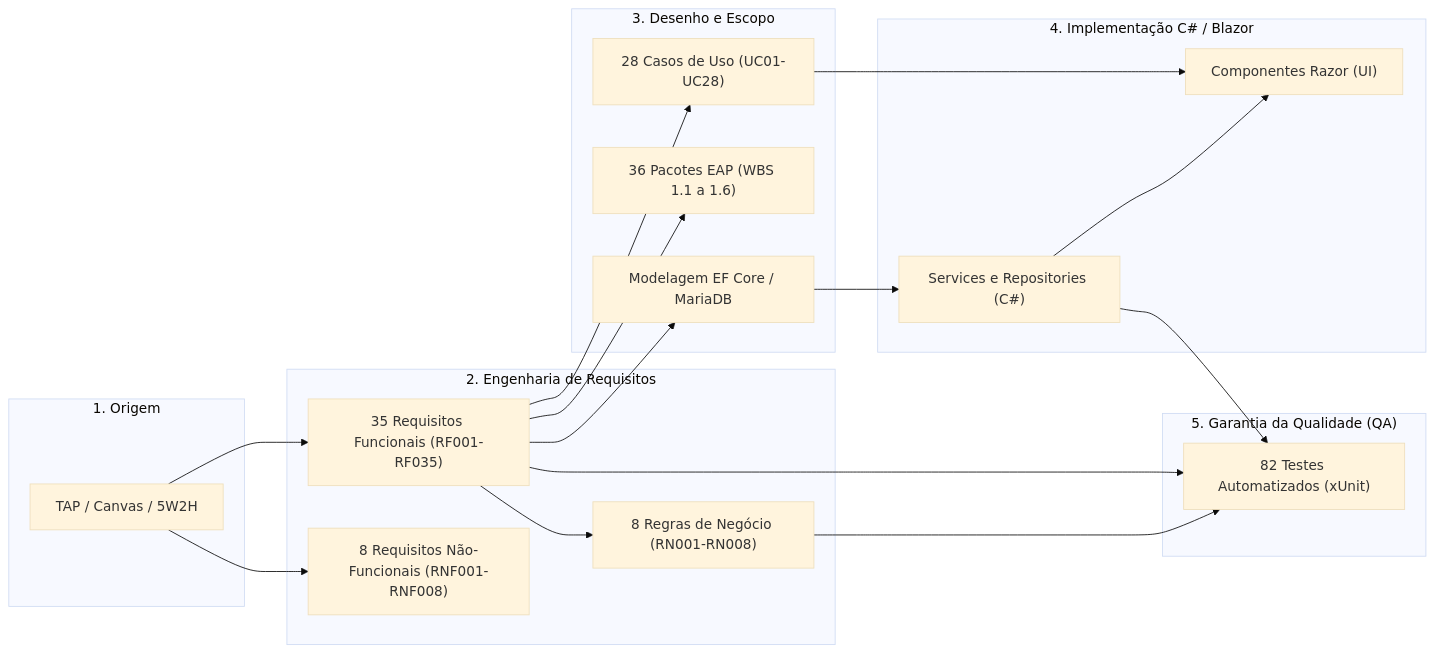
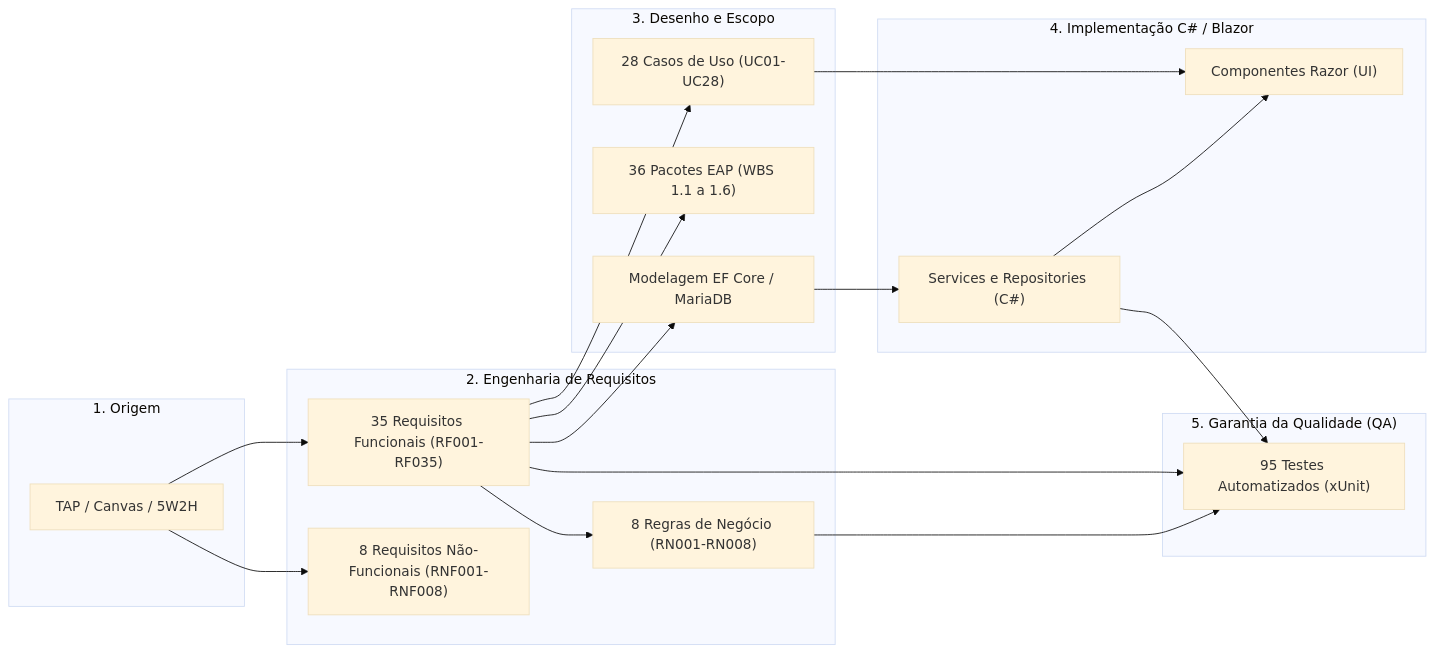
Before and after one commit to FelipeSilveiraP/TRABALHO_GRADUACAO_FATEC: the diagram in docs/MATRIZ DE RASTREABILIDADE/Documento_Matriz_de_Rastreabilidade.md, drawn with Mermaid (base theme). The commit also changed other lines of this file and 147 other files, not shown here.

````diff
--- a/docs/MATRIZ DE RASTREABILIDADE/Documento_Matriz_de_Rastreabilidade.md
+++ b/docs/MATRIZ DE RASTREABILIDADE/Documento_Matriz_de_Rastreabilidade.md
@@ -22,40 +22,40 @@
 ```mermaid
 graph LR
     subgraph Elicitacao["1. Origem"]
         TAP["TAP / Canvas / 5W2H"]
     end
 
     subgraph Requisitos["2. Engenharia de Requisitos"]
         RF["35 Requisitos Funcionais (RF001-RF035)"]
         RNF["8 Requisitos Não-Funcionais (RNF001-RNF008)"]
         RN["8 Regras de Negócio (RN001-RN008)"]
     end
 
     subgraph Modelagem["3. Desenho e Escopo"]
         UC["28 Casos de Uso (UC01-UC28)"]
         EAP["36 Pacotes EAP (WBS 1.1 a 1.6)"]
         BD["Modelagem EF Core / MariaDB"]
     end
 
     subgraph Construcao["4. Implementação C# / Blazor"]
         PAGES["Componentes Razor (UI)"]
         SERVICES["Services e Repositories (C#)"]
     end
 
     subgraph Qualidade["5. Garantia da Qualidade (QA)"]
-        TESTS["82 Testes Automatizados (xUnit)"]
+        TESTS["95 Testes Automatizados (xUnit)"]
     end
 
     TAP --> RF
     TAP --> RNF
     RF --> RN
     RF --> UC
     RF --> EAP
     RF --> BD
     UC --> PAGES
     BD --> SERVICES
     SERVICES --> PAGES
     RF --> TESTS
     RN --> TESTS
     SERVICES --> TESTS
 ```
````
